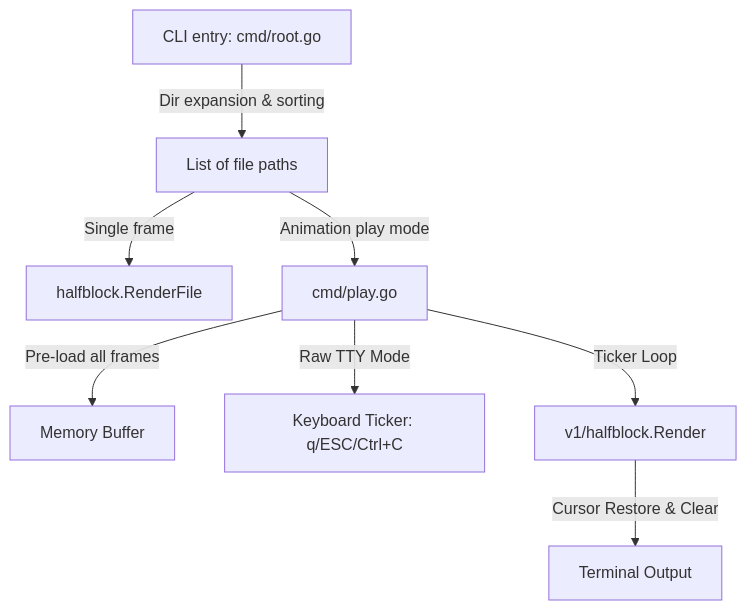
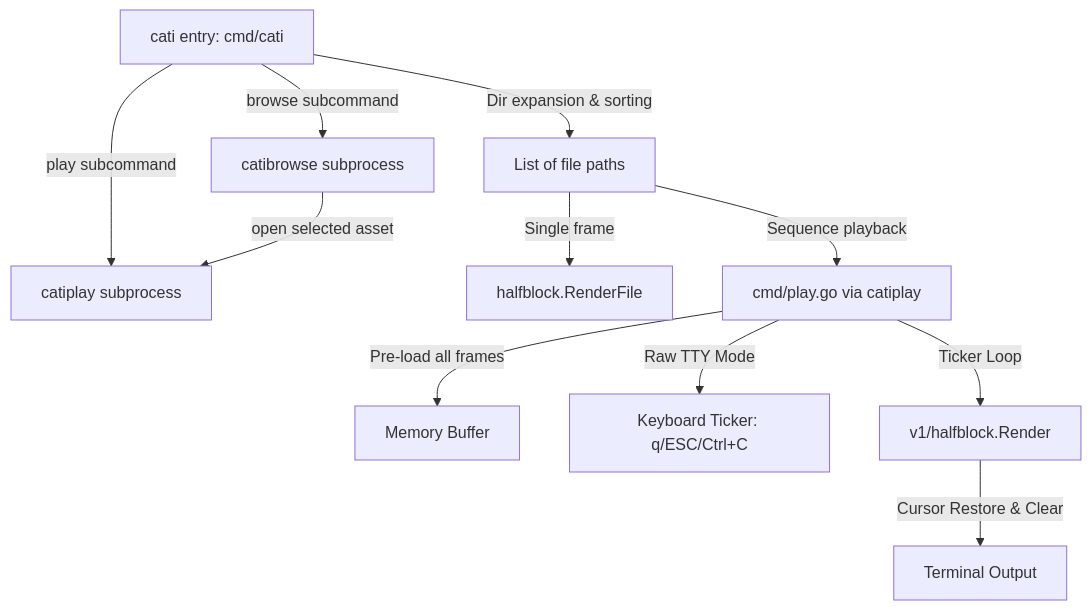
Before and after one commit to ubunatic/cati: the diagram in docs/System.md, drawn with Mermaid. The commit also changed other lines of this file and 12 other files, not shown here.

````diff
--- a/docs/System.md
+++ b/docs/System.md
@@ -17,10 +32,13 @@
 ```mermaid
 graph TD
-    CLI[CLI entry: cmd/root.go] -->|Dir expansion & sorting| Files[List of file paths]
+    CLI[cati entry: cmd/cati] -->|Dir expansion & sorting| Files[List of file paths]
+    CLI -->|play subcommand| Catiplay[catiplay subprocess]
+    CLI -->|browse subcommand| Catibrowse[catibrowse subprocess]
+    Catibrowse -->|open selected asset| Catiplay
     Files -->|Single frame| Render[halfblock.RenderFile]
-    Files -->|Animation play mode| Play[cmd/play.go]
+    Files -->|Sequence playback| Play[cmd/play.go via catiplay]
     Play -->|Pre-load all frames| Frames[Memory Buffer]
     Play -->|Raw TTY Mode| Keyboard[Keyboard Ticker: q/ESC/Ctrl+C]
     Play -->|Ticker Loop| RenderFrame[v1/halfblock.Render]
     RenderFrame -->|Cursor Restore & Clear| Term[Terminal Output]
 ```
````
